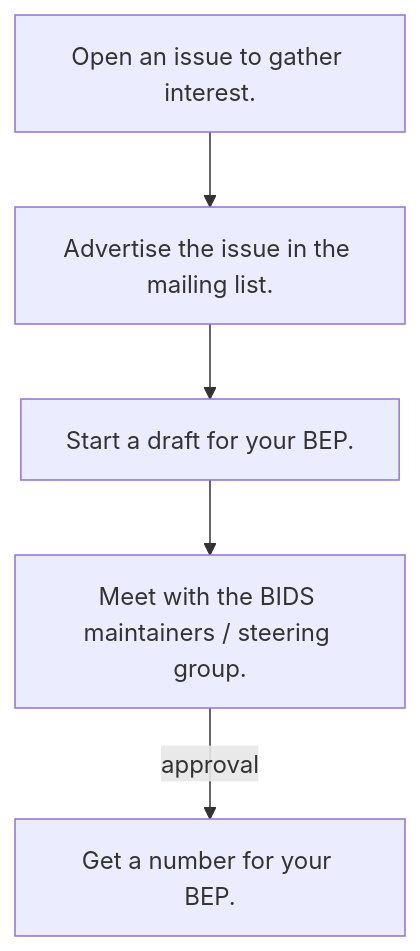
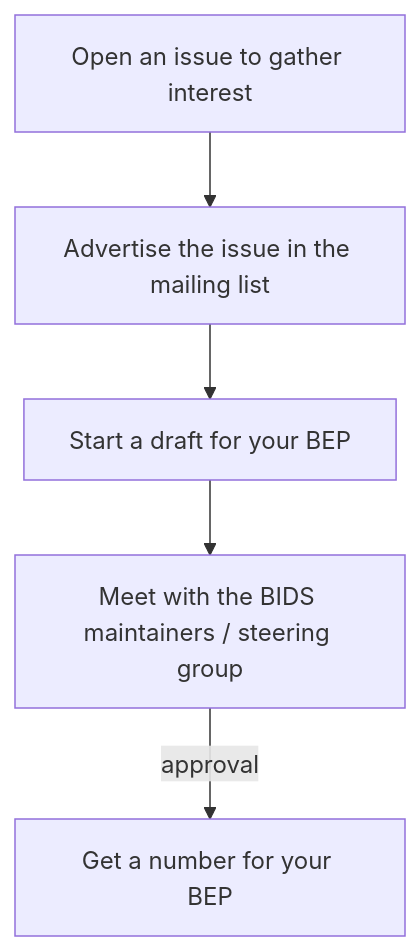
One commit to bids-standard/bids-website changed the sixth of 6 diagrams in docs/extensions/process.md. Above: the diagram before and after it, drawn with Mermaid. The commit also changed other lines of this file, not shown here.

Commit message:
Remove not needed trailing period in BEP mermaid diagrams (#769)

````diff
--- a/docs/extensions/process.md
+++ b/docs/extensions/process.md
@@ -184,14 +184,14 @@
 ```mermaid
 flowchart TD
 
-Open_BEP_issue["Open an issue to gather interest."]
-Post_mailing_list["Advertise the issue in the mailing list."]
-BEP_draft["Start a draft for your BEP."]
-Meet_the_team["Meet with the BIDS maintainers / steering group."]
-Official_BEP["Get a number for your BEP."]
+Open_BEP_issue["Open an issue to gather interest"]
+Post_mailing_list["Advertise the issue in the mailing list"]
+BEP_draft["Start a draft for your BEP"]
+Meet_the_team["Meet with the BIDS maintainers / steering group"]
+Official_BEP["Get a number for your BEP"]
 
 Open_BEP_issue --> Post_mailing_list
 Post_mailing_list --> BEP_draft
 BEP_draft --> Meet_the_team
 Meet_the_team -- approval --> Official_BEP
 ```
````
